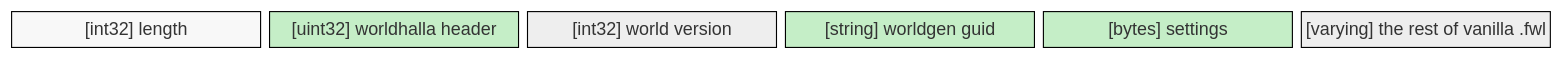
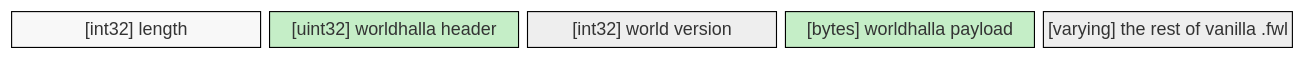
Before and after one commit to Gurebu/worldhalla: the second of 4 diagrams in README.md, drawn with Mermaid. The commit also changed other lines of this file and 7 other files, not shown here.

````diff
--- a/README.md
+++ b/README.md
@@ -44,12 +44,11 @@
 ```mermaid
 block-beta
-columns 6
-  len["[int32] length"] hdr["[uint32] worldhalla header"] ver["[int32] world version"] guid["[string] worldgen guid"] blob["[bytes] settings"] rest["[varying] the rest of vanilla .fwl"]
+columns 5
+  len["[int32] length"] hdr["[uint32] worldhalla header"] ver["[int32] world version"] payload["[bytes] worldhalla payload"] rest["[varying] the rest of vanilla .fwl"]
 
 style len fill:#f8f8f8,stroke:#000,color:#000
 style hdr fill:#c5eec7,stroke:#000,color:#000
 style ver fill:#eee,stroke:#000,color:#000
-style guid fill:#c5eec7,stroke:#000,color:#000
-style blob fill:#c5eec7,stroke:#000,color:#000
+style payload fill:#c5eec7,stroke:#000,color:#000
 style rest fill:#eee,stroke:#000,color:#000
 ```
````
